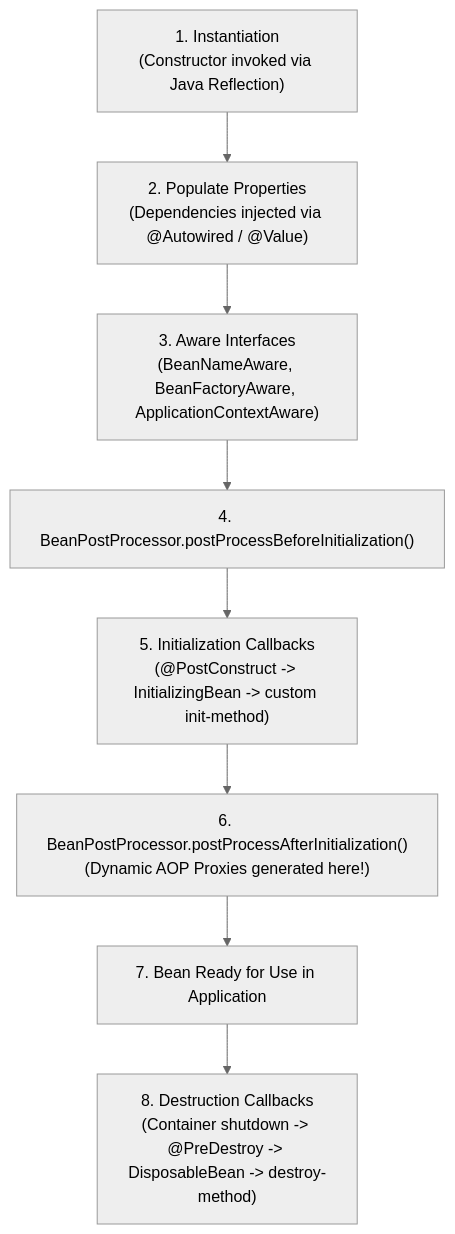
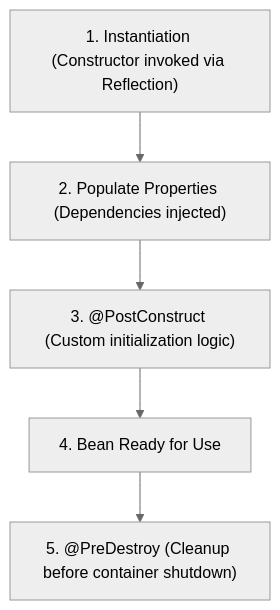
One commit to rohithgowda18/Notes changed the second of 21 diagrams in 06-Java-and-Spring-Boot/Spring Boot Interview Guide.md. Above: the diagram before and after it, drawn with Mermaid (neutral theme). The commit also changed other lines of this file, not shown here.

````diff
--- a/06-Java-and-Spring-Boot/Spring Boot Interview Guide.md
+++ b/06-Java-and-Spring-Boot/Spring Boot Interview Guide.md
@@ -109,13 +109,10 @@
 ```mermaid
 flowchart TD
-    Step1["1. Instantiation<br/>(Constructor invoked via Java Reflection)"]
-    Step2["2. Populate Properties<br/>(Dependencies injected via @Autowired / @Value)"]
-    Step3["3. Aware Interfaces<br/>(BeanNameAware, BeanFactoryAware, ApplicationContextAware)"]
-    Step4["4. BeanPostProcessor.postProcessBeforeInitialization()"]
-    Step5["5. Initialization Callbacks<br/>(@PostConstruct -> InitializingBean -> custom init-method)"]
-    Step6["6. BeanPostProcessor.postProcessAfterInitialization()<br/>(Dynamic AOP Proxies generated here!)"]
-    Step7["7. Bean Ready for Use in Application"]
-    Step8["8. Destruction Callbacks<br/>(Container shutdown -> @PreDestroy -> DisposableBean -> destroy-method)"]
+    Step1["1. Instantiation (Constructor invoked via Reflection)"]
+    Step2["2. Populate Properties (Dependencies injected)"]
+    Step3["3. @PostConstruct (Custom initialization logic)"]
+    Step4["4. Bean Ready for Use"]
+    Step5["5. @PreDestroy (Cleanup before container shutdown)"]
 
-    Step1 --> Step2 --> Step3 --> Step4 --> Step5 --> Step6 --> Step7 --> Step8
+    Step1 --> Step2 --> Step3 --> Step4 --> Step5
 ```
````
